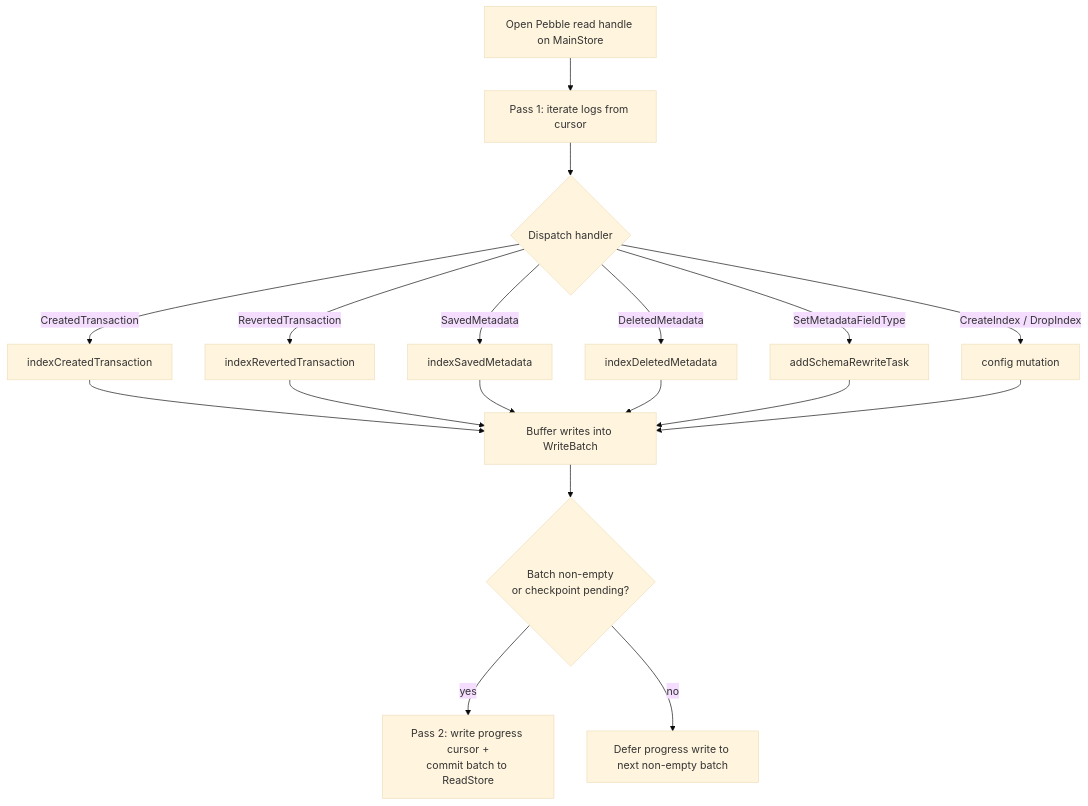
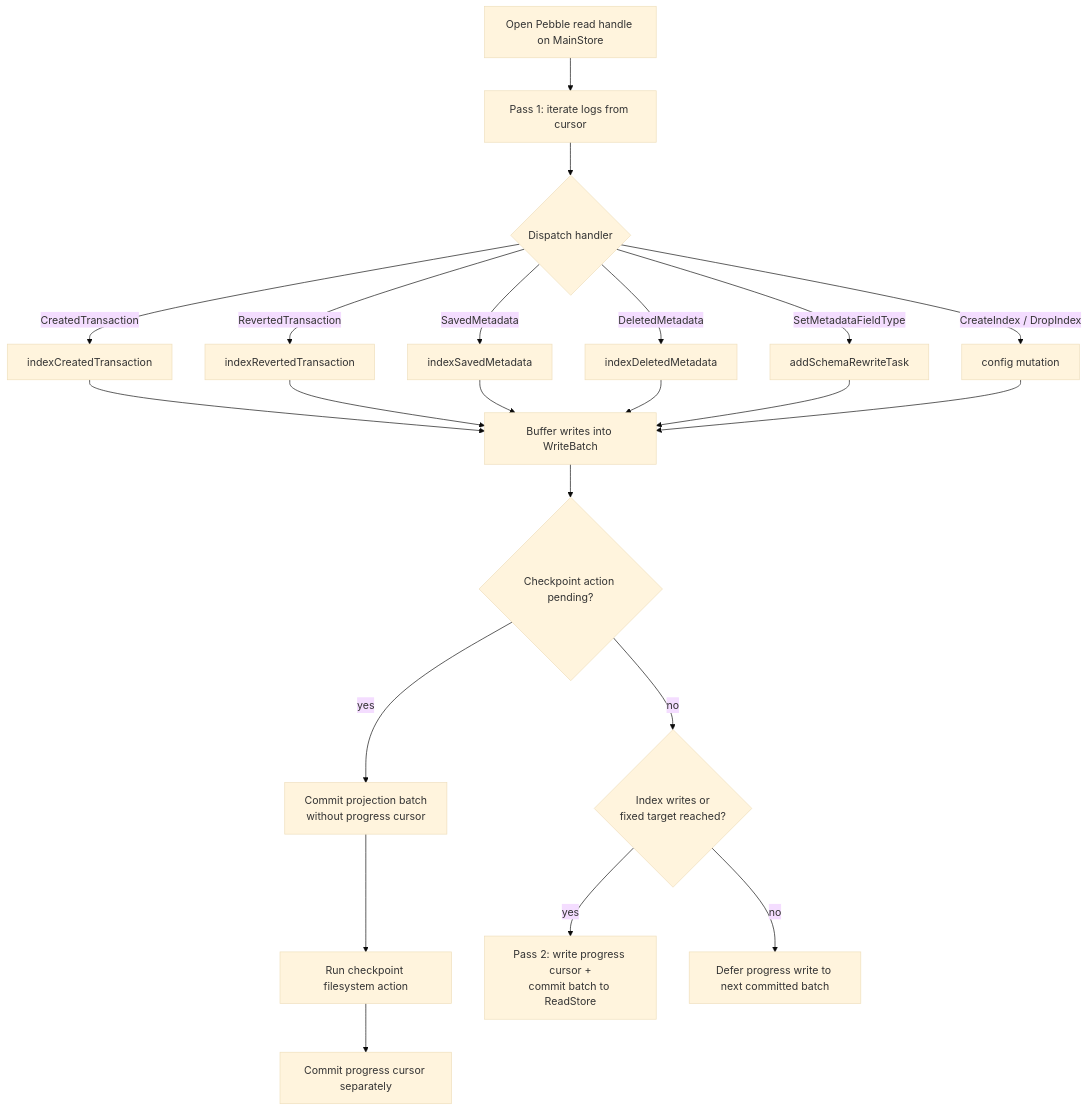
One commit to formancehq/ledger changed the second of 2 diagrams in docs/technical/architecture/subsystems/indexer/indexer.md. Above: the diagram before and after it, drawn with Mermaid (base theme).

Commit message:
docs(indexbuilder): correct checkpoint commit flow diagram

````diff
--- a/docs/technical/architecture/subsystems/indexer/indexer.md
+++ b/docs/technical/architecture/subsystems/indexer/indexer.md
@@ -62,16 +62,20 @@
 ```mermaid
 flowchart TB
     A[Open Pebble read handle on MainStore] --> B[Pass 1: iterate logs from cursor]
     B --> C{Dispatch handler}
     C -->|CreatedTransaction| H1[indexCreatedTransaction]
     C -->|RevertedTransaction| H2[indexRevertedTransaction]
     C -->|SavedMetadata| H3[indexSavedMetadata]
     C -->|DeletedMetadata| H4[indexDeletedMetadata]
     C -->|SetMetadataFieldType| H5[addSchemaRewriteTask]
     C -->|CreateIndex / DropIndex| H6[config mutation]
     H1 & H2 & H3 & H4 --> WB[Buffer writes into WriteBatch]
     H5 & H6 --> WB
-    WB --> D{Batch non-empty<br/>or checkpoint pending?}
-    D -->|yes| E[Pass 2: write progress cursor +<br/>commit batch to ReadStore]
-    D -->|no| F[Defer progress write to next non-empty batch]
+    WB --> D{Checkpoint action pending?}
+    D -->|yes| G[Commit projection batch<br/>without progress cursor]
+    G --> H[Run checkpoint filesystem action]
+    H --> I[Commit progress cursor separately]
+    D -->|no| J{Index writes or<br/>fixed target reached?}
+    J -->|yes| E[Pass 2: write progress cursor +<br/>commit batch to ReadStore]
+    J -->|no| F[Defer progress write to next committed batch]
 ```
````
